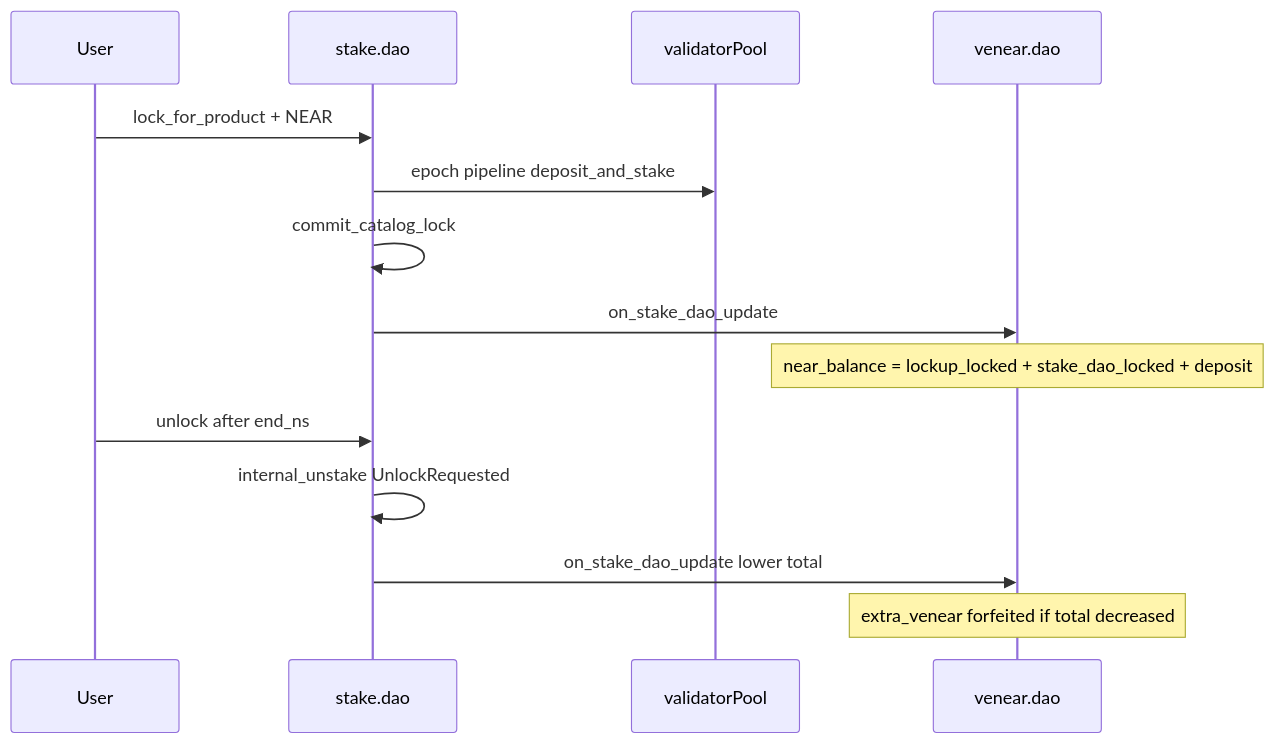
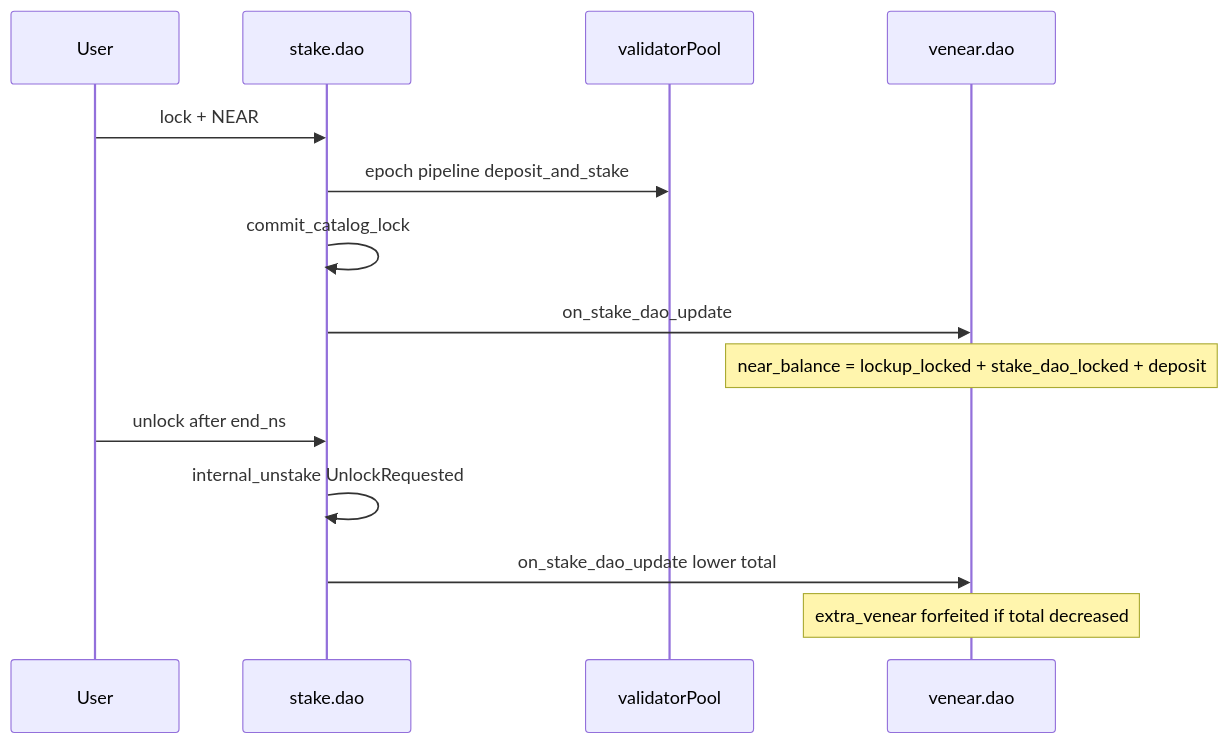
One commit to nearai/house-of-stake-contracts changed the diagram in staking-contract/docs/VENEAR_INTEGRATION.md. Above: the diagram before and after it, drawn with Mermaid. The commit also changed other lines of this file and 31 other files, not shown here.

````diff
--- a/staking-contract/docs/VENEAR_INTEGRATION.md
+++ b/staking-contract/docs/VENEAR_INTEGRATION.md
@@ -96,18 +96,18 @@
 ```mermaid
 sequenceDiagram
     participant User
     participant StakeDao as stake.dao
     participant Pool as validatorPool
     participant VeNEAR as venear.dao
 
-    User->>StakeDao: lock_for_product + NEAR
+    User->>StakeDao: lock + NEAR
     StakeDao->>Pool: epoch pipeline deposit_and_stake
     StakeDao->>StakeDao: commit_catalog_lock
     StakeDao->>VeNEAR: on_stake_dao_update
     Note over VeNEAR: near_balance = lockup_locked + stake_dao_locked + deposit
 
     User->>StakeDao: unlock after end_ns
     StakeDao->>StakeDao: internal_unstake UnlockRequested
     StakeDao->>VeNEAR: on_stake_dao_update lower total
     Note over VeNEAR: extra_venear forfeited if total decreased
 ```
````
